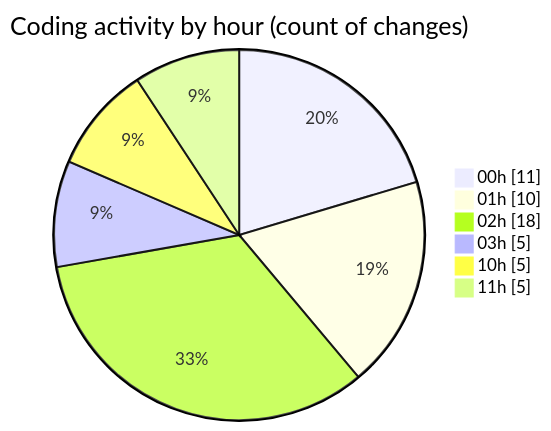
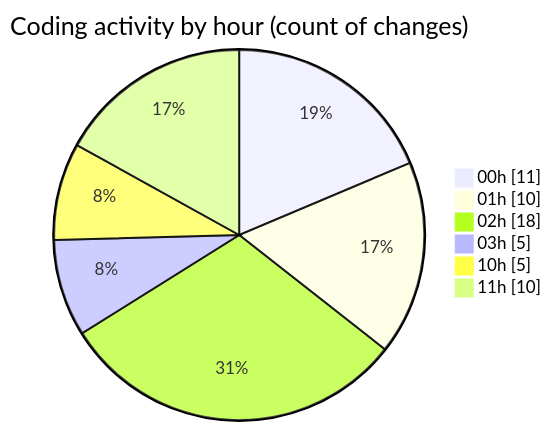
Before and after one commit to julien-gomy/code-tracking: the second of 2 diagrams in 2025-11-02/cdp_aleoudev_fr__workspace_/README.md, drawn with Mermaid. The commit also changed other lines of this file and 1 other file, not shown here.

````diff
--- a/2025-11-02/cdp_aleoudev_fr__workspace_/README.md
+++ b/2025-11-02/cdp_aleoudev_fr__workspace_/README.md
@@ -33,10 +33,10 @@
 ```mermaid
 pie showData
 title Coding activity by hour (count of changes)
 "00h" : 11
 "01h" : 10
 "02h" : 18
 "03h" : 5
 "10h" : 5
-"11h" : 5
+"11h" : 10
 ```
````
